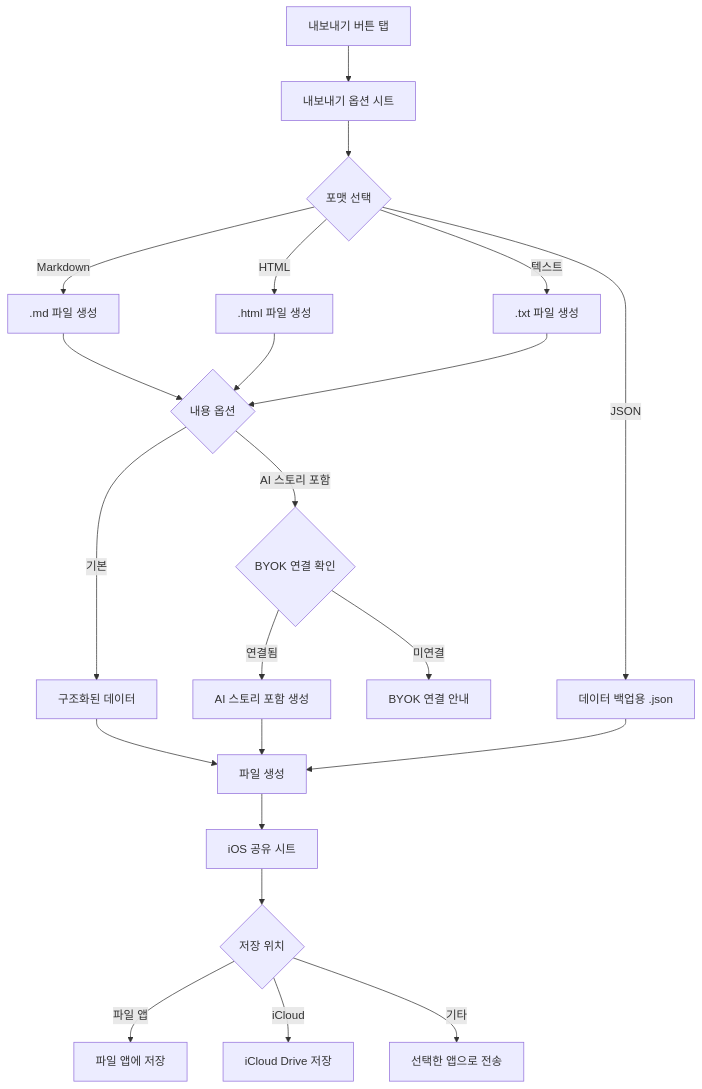
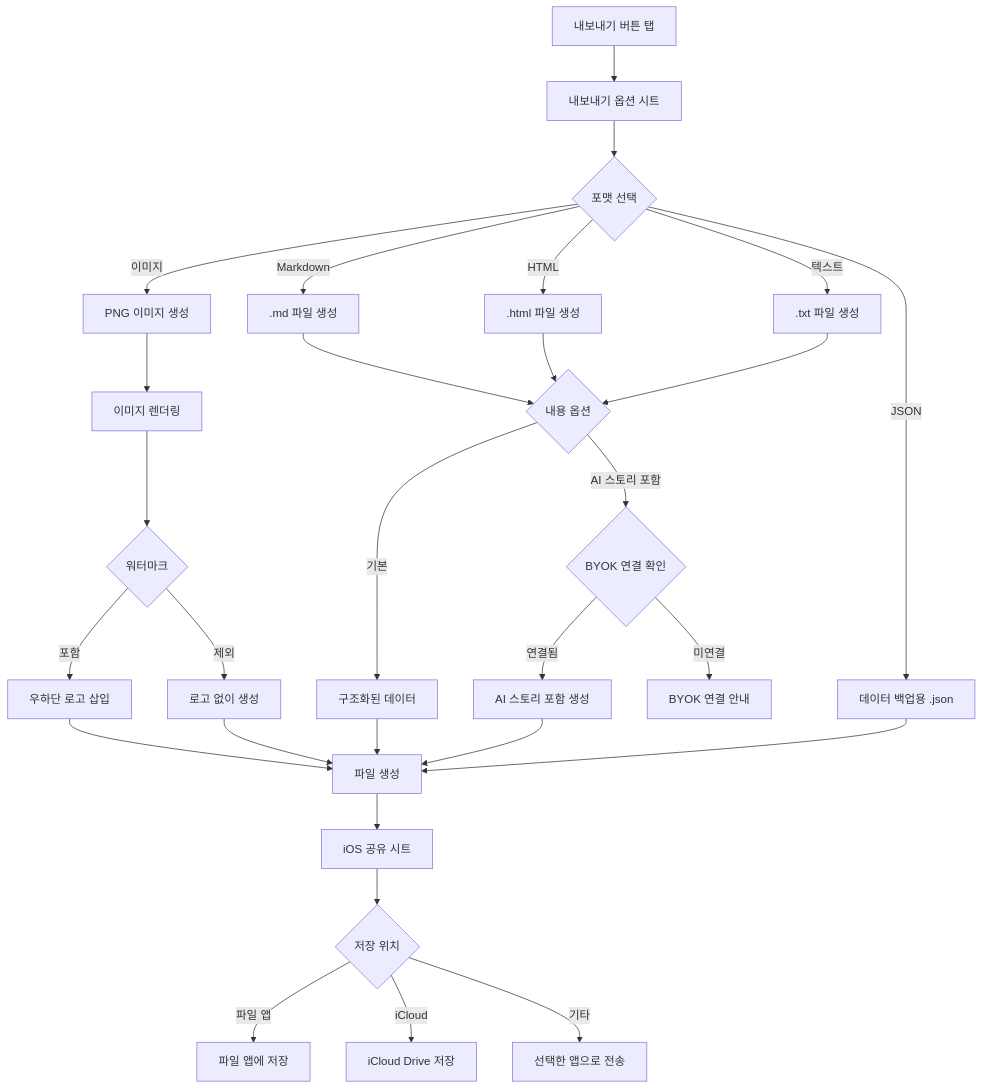
Diagram 21 of 41 in Ref-Concepts/wander_ui_scenario.md (leonardo204/Wander), drawn with Mermaid before and after one commit. The commit also changed other lines of this file and 17 other files, not shown here.

````diff
--- a/Ref-Concepts/wander_ui_scenario.md
+++ b/Ref-Concepts/wander_ui_scenario.md
@@ -1430,31 +1475,39 @@
 ```mermaid
 flowchart TD
     A[내보내기 버튼 탭] --> B[내보내기 옵션 시트]
 
     B --> C{포맷 선택}
 
+    C -->|이미지| D1["PNG 이미지 생성"]
     C -->|Markdown| D[".md 파일 생성"]
     C -->|HTML| E[".html 파일 생성"]
     C -->|텍스트| F[".txt 파일 생성"]
     C -->|JSON| G["데이터 백업용 .json"]
+
+    D1 --> D2[이미지 렌더링]
+    D2 --> D3{워터마크}
+    D3 -->|포함| D4[우하단 로고 삽입]
+    D3 -->|제외| D5[로고 없이 생성]
+    D4 --> M
+    D5 --> M
 
     D --> H{내용 옵션}
     E --> H
     F --> H
 
     H -->|기본| I[구조화된 데이터]
     H -->|AI 스토리 포함| J{BYOK 연결 확인}
 
     J -->|연결됨| K[AI 스토리 포함 생성]
     J -->|미연결| L[BYOK 연결 안내]
 
     I --> M[파일 생성]
     K --> M
     G --> M
 
     M --> N[iOS 공유 시트]
     N --> O{저장 위치}
     O -->|파일 앱| P[파일 앱에 저장]
     O -->|iCloud| Q[iCloud Drive 저장]
     O -->|기타| R[선택한 앱으로 전송]
 ```
````
